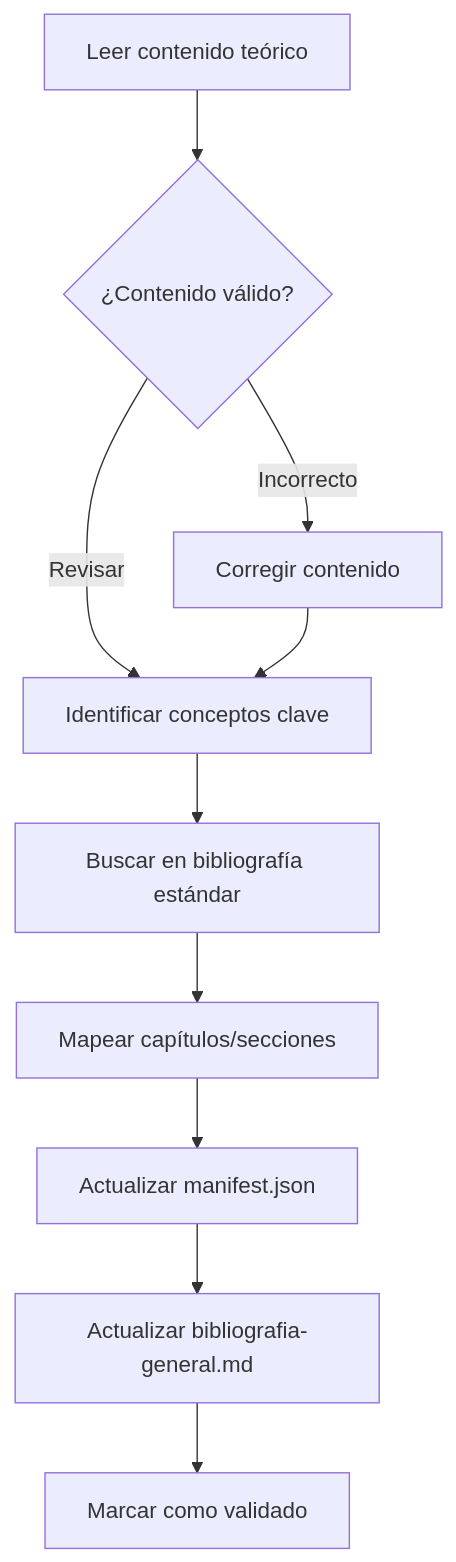
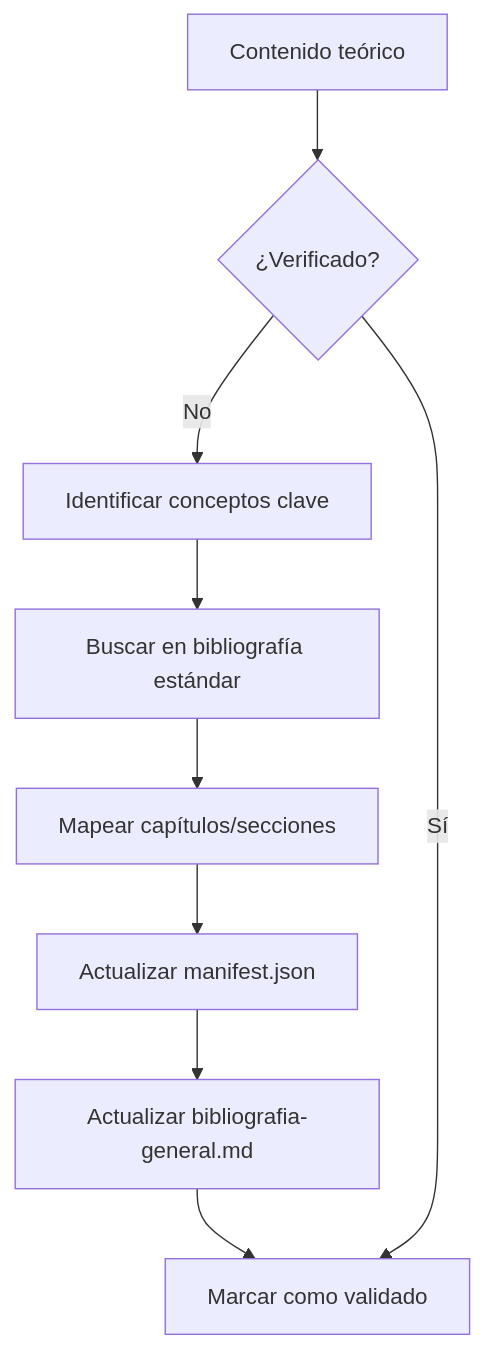
The diagram in TEMPLATE_GUIA_NUEVO_REPOSITORIO.md (NeruDev/MATEMATICAS), drawn with Mermaid before and after one commit. The commit also changed other lines of this file, not shown here.

````diff
--- a/TEMPLATE_GUIA_NUEVO_REPOSITORIO.md
+++ b/TEMPLATE_GUIA_NUEVO_REPOSITORIO.md
@@ -465,13 +692,11 @@
 ```mermaid
 flowchart TD
-    A[Leer contenido teórico] --> B{¿Contenido válido?}
-    B -->|Revisar| C[Identificar conceptos clave]
+    A[Contenido teórico] --> B{¿Verificado?}
+    B -->|No| C[Identificar conceptos clave]
     C --> D[Buscar en bibliografía estándar]
     D --> E[Mapear capítulos/secciones]
     E --> F[Actualizar manifest.json]
     F --> G[Actualizar bibliografia-general.md]
     G --> H[Marcar como validado]
-    
-    B -->|Incorrecto| I[Corregir contenido]
-    I --> C
+    B -->|Sí| H
 ```
````
